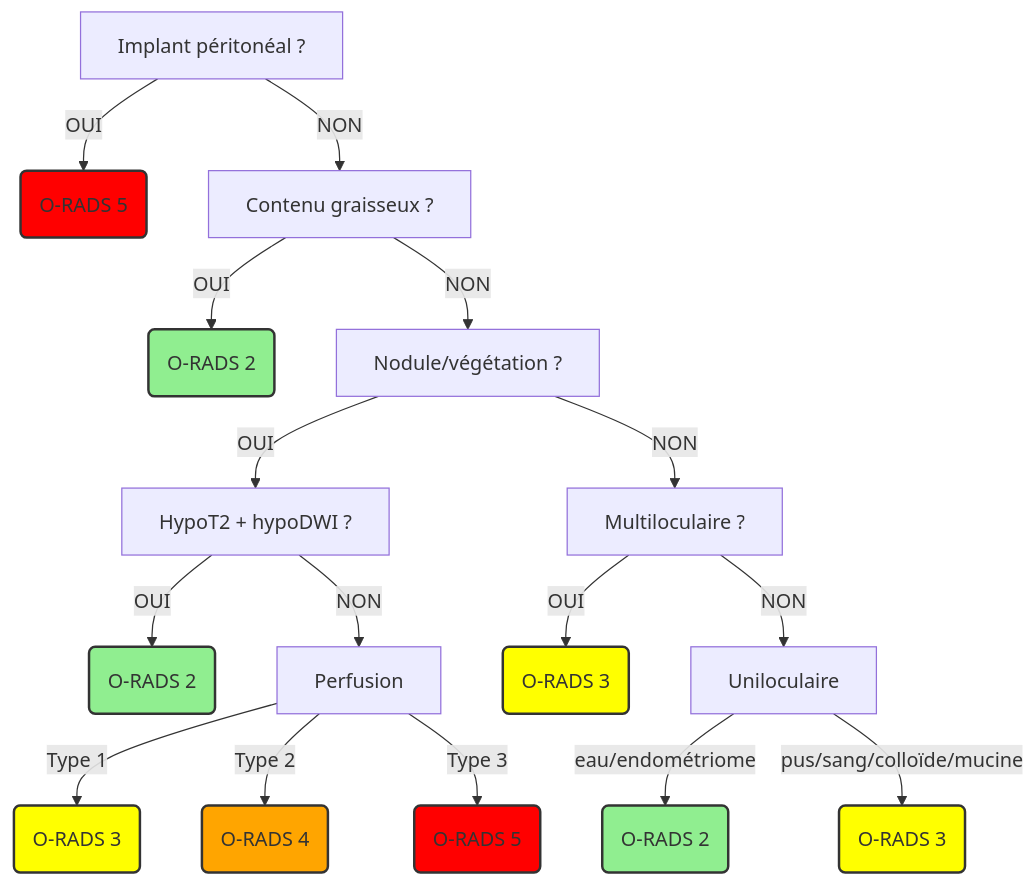
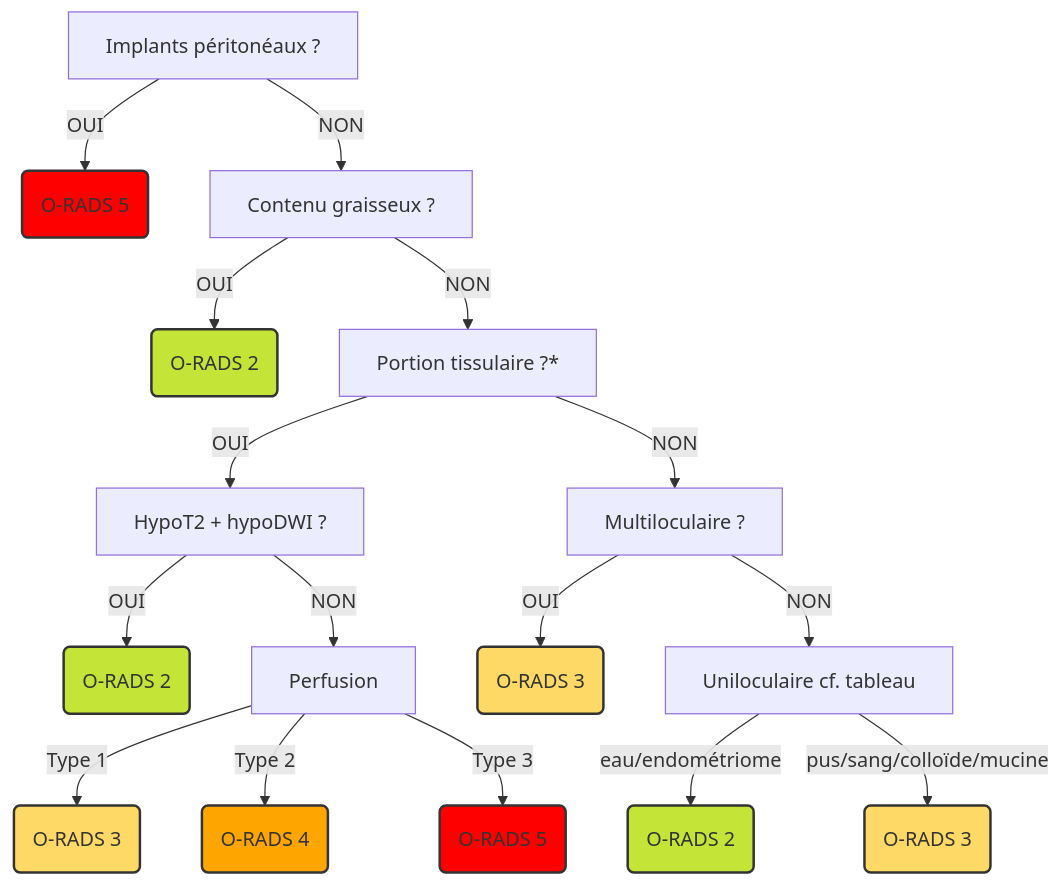
The diagram in docs/femme/ovaires.md (drlefevre/drlef), drawn with Mermaid before and after one commit. The commit also changed other lines of this file and 12 other files, not shown here.

````diff
--- a/docs/femme/ovaires.md
+++ b/docs/femme/ovaires.md
@@ -71,33 +67,33 @@
     ``` mermaid
     graph TD
-        B[Implant péritonéal ?] -->|OUI| R5(O-RADS 5)
+        B[Implants péritonéaux ?] -->|OUI| R5(O-RADS 5)
         B -->|NON| C[Contenu graisseux ?]
         
         C -->|OUI| R2a(O-RADS 2)
-        C -->|NON| E[Nodule/végétation ?]
+        C -->|NON| E[Portion tissulaire ?*]
         
         E -->|OUI| F[HypoT2 + hypoDWI ?]
         F -->|OUI| R2b(O-RADS 2)
         F -->|NON| G[Perfusion]
         
         G -->|Type 1| R3a(O-RADS 3)
         G -->|Type 2| R4(O-RADS 4)
         G -->|Type 3| R5b(O-RADS 5)
         
         E -->|NON| H[Multiloculaire ?]
         H -->|OUI| R3b(O-RADS 3)
-        H -->|NON| I[Uniloculaire]
+        H -->|NON| I[Uniloculaire cf. tableau]
 
         I -->|eau/endométriome| R2c(O-RADS 2)
         I -->|pus/sang/colloïde/mucine| R3c(O-RADS 3)
 
-        style R2a fill:#90ee90,stroke:#333,stroke-width:2px
-        style R2b fill:#90ee90,stroke:#333,stroke-width:2px
-        style R2c fill:#90ee90,stroke:#333,stroke-width:2px
-        style R3a fill:#ffff00,stroke:#333,stroke-width:2px
-        style R3b fill:#ffff00,stroke:#333,stroke-width:2px
-        style R3c fill:#ffff00,stroke:#333,stroke-width:2px
-        style R4 fill:#ffa500,stroke:#333,stroke-width:2px
+        style R2a fill:#c4e538,stroke:#333,stroke-width:2px
+        style R2b fill:#c4e538,stroke:#333,stroke-width:2px
+        style R2c fill:#c4e538,stroke:#333,stroke-width:2px
+        style R3a fill:#FFD966,stroke:#333,stroke-width:2px
+        style R3b fill:#FFD966,stroke:#333,stroke-width:2px
+        style R3c fill:#FFD966,stroke:#333,stroke-width:2px
+        style R4 fill:#FFA500,stroke:#333,stroke-width:2px
         style R5 fill:#ff0000,stroke:#333,stroke-width:2px
         style R5b fill:#ff0000,stroke:#333,stroke-width:2px
     ```
````
